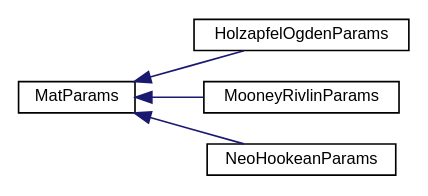
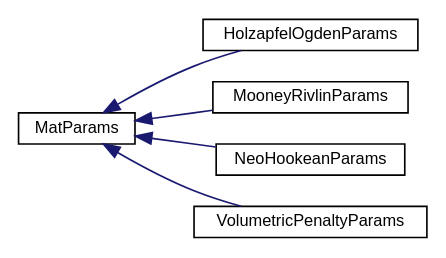
The diagram in inherit_graph_41.dot (aabrown100-git/svMultiPhysics), drawn with Graphviz before and after one commit. The commit also changed 210 other files, not shown here.

```diff
--- a/inherit_graph_41.dot
+++ b/inherit_graph_41.dot
@@ -1,14 +1,16 @@
 digraph "Graphical Class Hierarchy"
 {
  // LATEX_PDF_SIZE
   edge [fontname="Helvetica",fontsize="10",labelfontname="Helvetica",labelfontsize="10"];
   node [fontname="Helvetica",fontsize="10",shape=record];
   rankdir="LR";
   Node0 [label="MatParams",height=0.2,width=0.4,color="black", fillcolor="white", style="filled",URL="$class_mat_params.html",tooltip=" "];
   Node0 -> Node1 [dir="back",color="midnightblue",fontsize="10",style="solid",fontname="Helvetica"];
   Node1 [label="HolzapfelOgdenParams",height=0.2,width=0.4,color="black", fillcolor="white", style="filled",URL="$class_holzapfel_ogden_params.html",tooltip=" "];
   Node0 -> Node2 [dir="back",color="midnightblue",fontsize="10",style="solid",fontname="Helvetica"];
   Node2 [label="MooneyRivlinParams",height=0.2,width=0.4,color="black", fillcolor="white", style="filled",URL="$class_mooney_rivlin_params.html",tooltip=" "];
   Node0 -> Node3 [dir="back",color="midnightblue",fontsize="10",style="solid",fontname="Helvetica"];
   Node3 [label="NeoHookeanParams",height=0.2,width=0.4,color="black", fillcolor="white", style="filled",URL="$class_neo_hookean_params.html",tooltip=" "];
+  Node0 -> Node4 [dir="back",color="midnightblue",fontsize="10",style="solid",fontname="Helvetica"];
+  Node4 [label="VolumetricPenaltyParams",height=0.2,width=0.4,color="black", fillcolor="white", style="filled",URL="$class_volumetric_penalty_params.html",tooltip=" "];
 }
```
